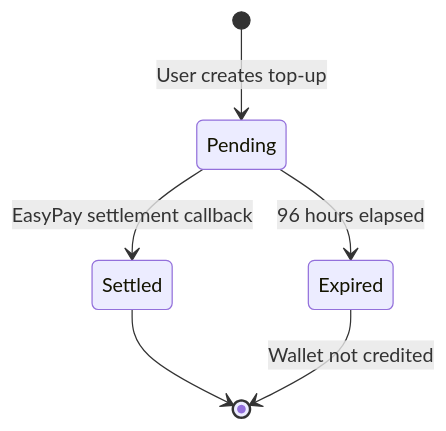
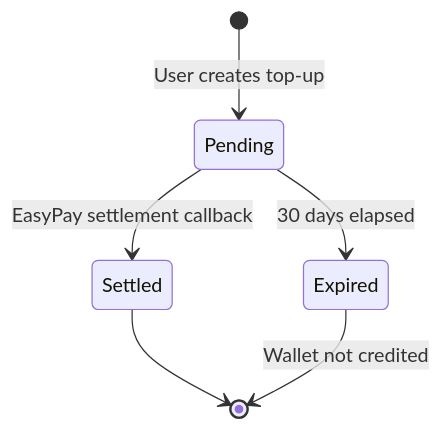
One commit to mymoolah-africa/mymoolah-platform changed the second of 7 diagrams in docs/integrations/EasyPay_API_Integration_Guide.md. Above: the diagram before and after it, drawn with Mermaid. The commit also changed other lines of this file and 22 other files, not shown here.

````diff
--- a/docs/integrations/EasyPay_API_Integration_Guide.md
+++ b/docs/integrations/EasyPay_API_Integration_Guide.md
@@ -519,8 +519,8 @@
 ```mermaid
 stateDiagram-v2
     [*] --> Pending: User creates top-up
     Pending --> Settled: EasyPay settlement callback
-    Pending --> Expired: 96 hours elapsed
+    Pending --> Expired: 30 days elapsed
     Settled --> [*]
     Expired --> [*]: Wallet not credited
 ```
````
